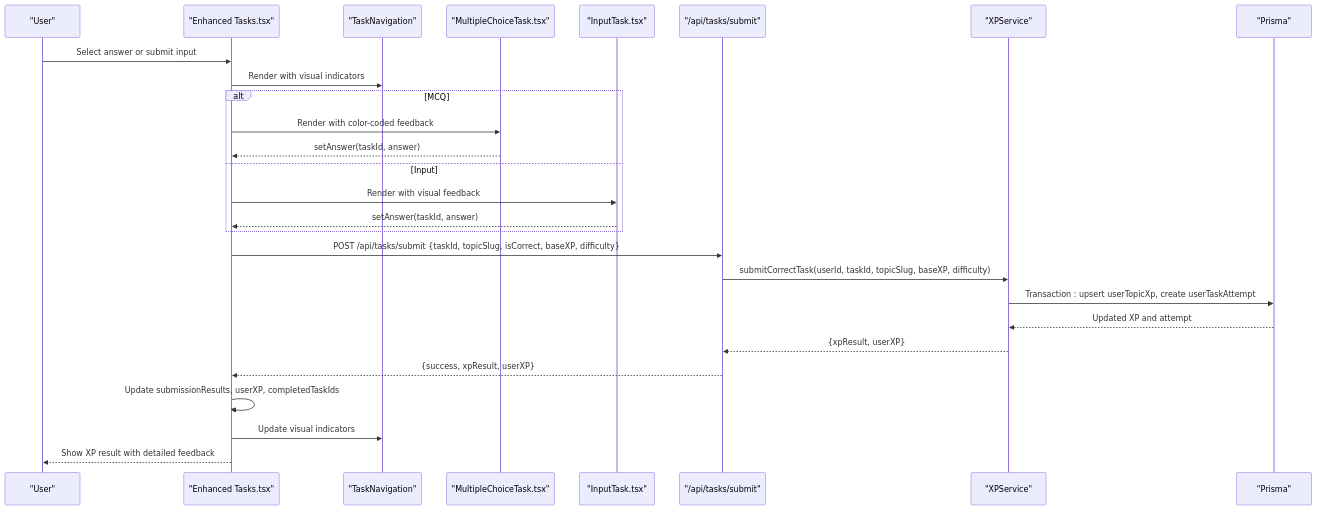
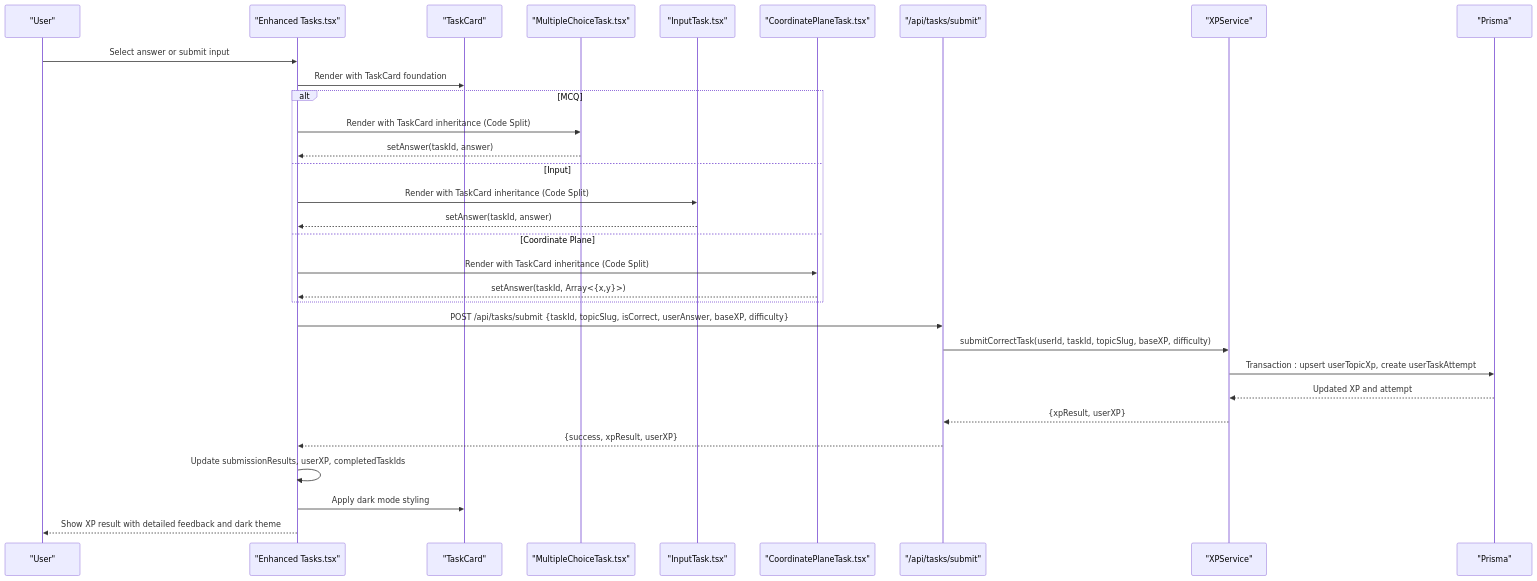
One commit to AlexKutz/math-app-next-js changed the second of 5 diagrams in .qoder/repowiki/en/content/Core Features/Learning Interface/Task System Architecture.md. Above: the diagram before and after it, drawn with Mermaid. The commit also changed other lines of this file and 125 other files, not shown here.

````diff
--- a/.qoder/repowiki/en/content/Core Features/Learning Interface/Task System Architecture.md
+++ b/.qoder/repowiki/en/content/Core Features/Learning Interface/Task System Architecture.md
@@ -158,29 +220,33 @@
 ```mermaid
 sequenceDiagram
 participant U as "User"
 participant T as "Enhanced Tasks.tsx"
-participant TN as "TaskNavigation"
+participant TC as "TaskCard"
 participant MCQ as "MultipleChoiceTask.tsx"
 participant IN as "InputTask.tsx"
+participant CP as "CoordinatePlaneTask.tsx"
 participant API as "/api/tasks/submit"
 participant SVC as "XPService"
 participant DB as "Prisma"
 U->>T : Select answer or submit input
-T->>TN : Render with visual indicators
+T->>TC : Render with TaskCard foundation
 alt MCQ
-T->>MCQ : Render with color-coded feedback
+T->>MCQ : Render with TaskCard inheritance (Code Split)
 MCQ-->>T : setAnswer(taskId, answer)
 else Input
-T->>IN : Render with visual feedback
+T->>IN : Render with TaskCard inheritance (Code Split)
 IN-->>T : setAnswer(taskId, answer)
+else Coordinate Plane
+T->>CP : Render with TaskCard inheritance (Code Split)
+CP-->>T : setAnswer(taskId, Array<{x,y}>)
 end
-T->>API : POST /api/tasks/submit {taskId, topicSlug, isCorrect, baseXP, difficulty}
+T->>API : POST /api/tasks/submit {taskId, topicSlug, isCorrect, userAnswer, baseXP, difficulty}
 API->>SVC : submitCorrectTask(userId, taskId, topicSlug, baseXP, difficulty)
 SVC->>DB : Transaction : upsert userTopicXp, create userTaskAttempt
 DB-->>SVC : Updated XP and attempt
 SVC-->>API : {xpResult, userXP}
 API-->>T : {success, xpResult, userXP}
 T->>T : Update submissionResults, userXP, completedTaskIds
-T->>TN : Update visual indicators
-T-->>U : Show XP result with detailed feedback
+T->>TC : Apply dark mode styling
+T-->>U : Show XP result with detailed feedback and dark theme
 ```
````
